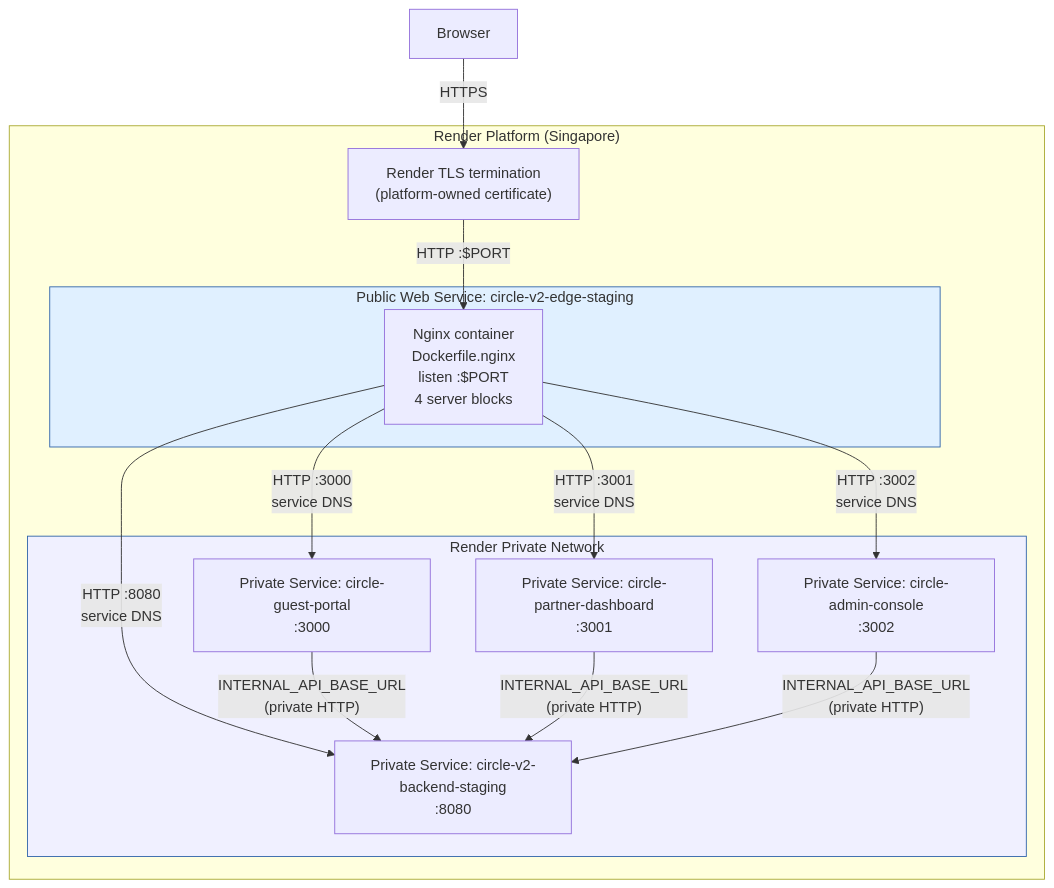
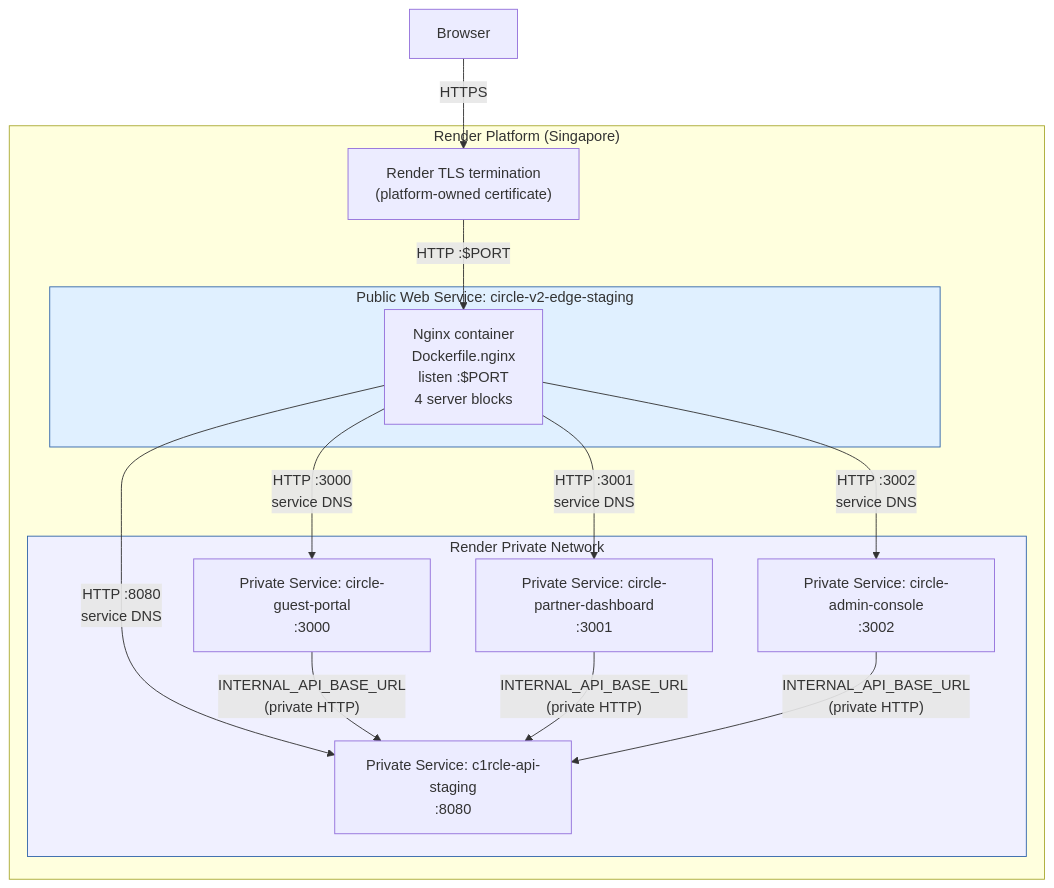
One commit to thec1rclehost123-cmd/expert_labs-c1rcle changed the second of 6 diagrams in C1RCLE-BACKEND/docs/nginx/deployment.md. Above: the diagram before and after it, drawn with Mermaid. The commit also changed other lines of this file and 1459 other files, not shown here.

````diff
--- a/C1RCLE-BACKEND/docs/nginx/deployment.md
+++ b/C1RCLE-BACKEND/docs/nginx/deployment.md
@@ -63,30 +63,30 @@
 ```mermaid
 graph TB
   subgraph Render["Render Platform (Singapore)"]
     subgraph Edge["Public Web Service: circle-v2-edge-staging"]
       Nginx["Nginx container<br/>Dockerfile.nginx<br/>listen :$PORT<br/>4 server blocks"]
     end
 
     subgraph PrivateNet["Render Private Network"]
-      Fastify["Private Service: circle-v2-backend-staging<br/>:8080"]
+      Fastify["Private Service: c1rcle-api-staging<br/>:8080"]
       Guest["Private Service: circle-guest-portal<br/>:3000"]
       Partner["Private Service: circle-partner-dashboard<br/>:3001"]
       Admin["Private Service: circle-admin-console<br/>:3002"]
     end
 
     RenderTLS["Render TLS termination<br/>(platform-owned certificate)"]
   end
 
   Browser[Browser] -->|HTTPS| RenderTLS
   RenderTLS -->|HTTP :$PORT| Nginx
   Nginx -->|"HTTP :8080<br/>service DNS"| Fastify
   Nginx -->|"HTTP :3000<br/>service DNS"| Guest
   Nginx -->|"HTTP :3001<br/>service DNS"| Partner
   Nginx -->|"HTTP :3002<br/>service DNS"| Admin
   Guest -->|"INTERNAL_API_BASE_URL<br/>(private HTTP)"| Fastify
   Partner -->|"INTERNAL_API_BASE_URL<br/>(private HTTP)"| Fastify
   Admin -->|"INTERNAL_API_BASE_URL<br/>(private HTTP)"| Fastify
 
   style Edge fill:#e0f0ff,stroke:#36a
   style PrivateNet fill:#f0f0ff,stroke:#36a
 ```
````
